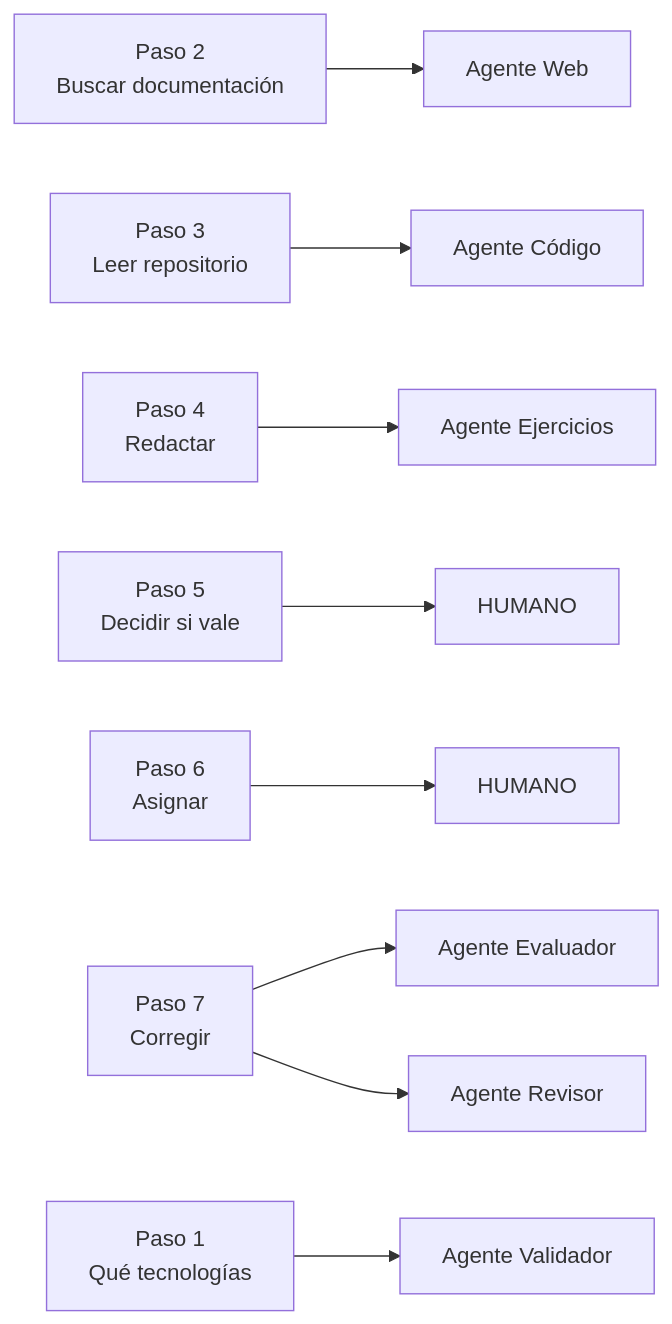
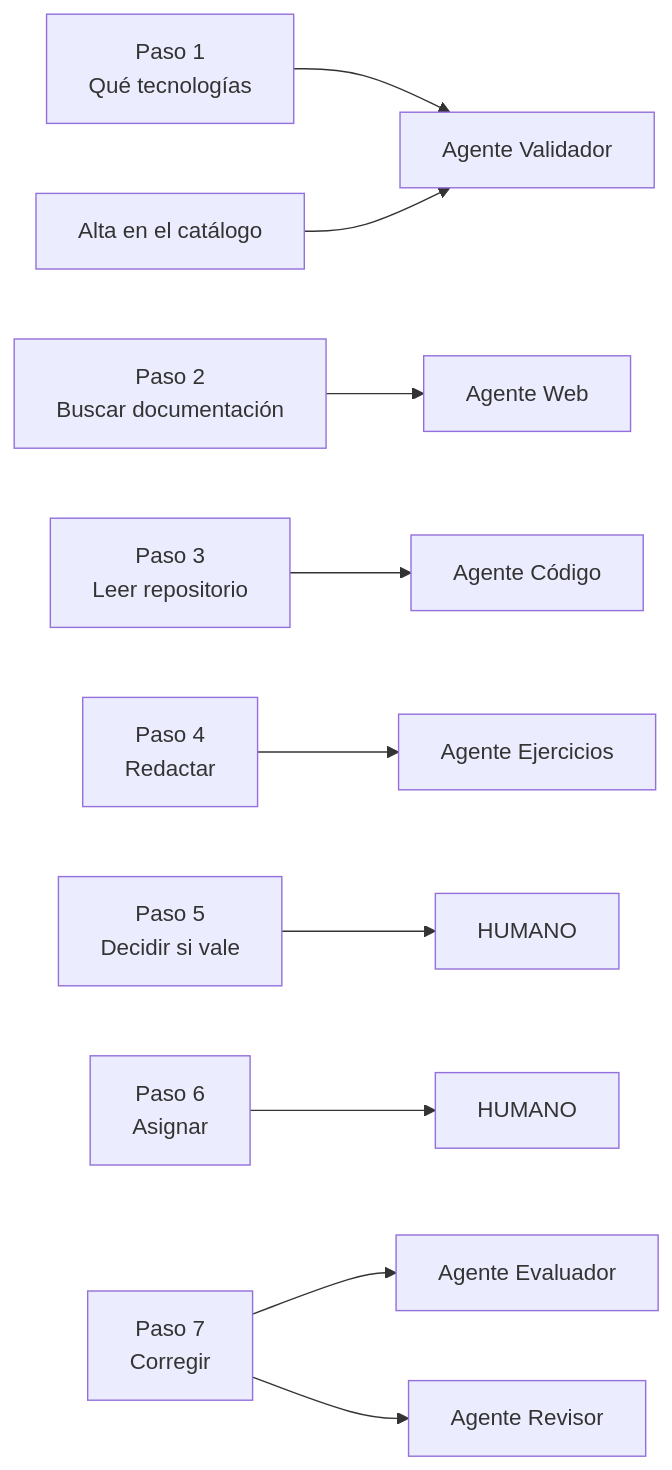
Before and after one commit to Mapeldorf/JuniorTrainer: the third of 10 diagrams in capstone/juniortrainer-capstone.md, drawn with Mermaid. The commit also changed other lines of this file, not shown here.

````diff
--- a/capstone/juniortrainer-capstone.md
+++ b/capstone/juniortrainer-capstone.md
@@ -1083,11 +1105,12 @@
 ```mermaid
 flowchart LR
+    P1["Paso 1<br/>Qué tecnologías"] --> A6["Agente Validador"]
+    ALTA["Alta en el catálogo"] --> A6
     P2["Paso 2<br/>Buscar documentación"] --> A1["Agente Web"]
     P3["Paso 3<br/>Leer repositorio"] --> A2["Agente Código"]
     P4["Paso 4<br/>Redactar"] --> A3["Agente Ejercicios"]
     P5["Paso 5<br/>Decidir si vale"] --> H1["HUMANO"]
     P6["Paso 6<br/>Asignar"] --> H2["HUMANO"]
     P7["Paso 7<br/>Corregir"] --> A4["Agente Evaluador"]
     P7 --> A5["Agente Revisor"]
-    P1["Paso 1<br/>Qué tecnologías"] --> A6["Agente Validador"]
 ```
````
